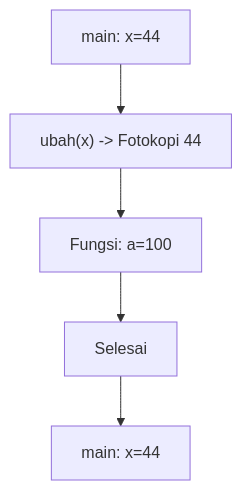
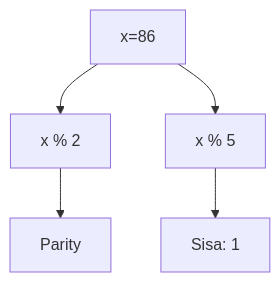
Before and after one commit to amnahwaida/OSNK_INF_PREP: diagram 12 of 25 in part-c-pemahaman-cpp/04-fungsi/latihan/set-02.md, drawn with Mermaid. The commit also changed other lines of this file and 71 other files, not shown here.

````diff
--- a/part-c-pemahaman-cpp/04-fungsi/latihan/set-02.md
+++ b/part-c-pemahaman-cpp/04-fungsi/latihan/set-02.md
@@ -399,7 +354,7 @@
 ```mermaid
 graph TD
-    A[main: x=44] --> B["ubah(x) -> Fotokopi 44"]
-    B --> C[Fungsi: a=100]
-    C --> D[Selesai]
-    D --> E[main: x=44]
+A[x=86] --> B[x % 2]
+B --> C[Parity]
+A --> D[x % 5]
+D --> E[Sisa: 1]
 ```
````
